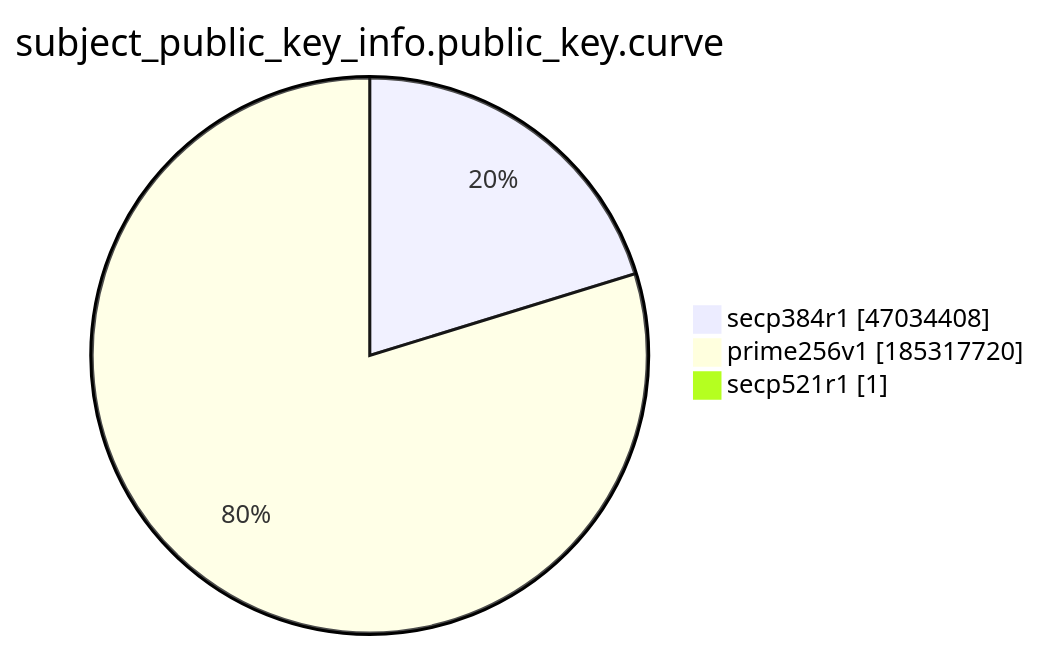
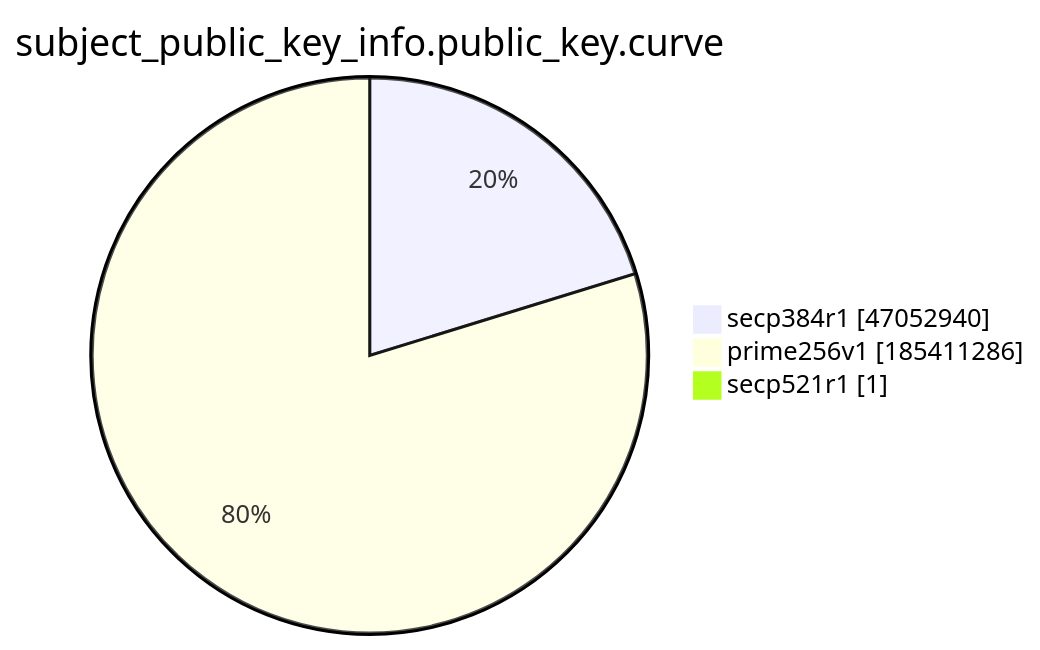
The ninth of 15 diagrams in xenon2022/README.md (christiankrug/ctmonitor_visualization), drawn with Mermaid before and after one commit. The commit also changed other lines of this file, not shown here.

````diff
--- a/xenon2022/README.md
+++ b/xenon2022/README.md
@@ -2874,7 +2874,7 @@
 ```mermaid
 pie showData
 title subject_public_key_info.public_key.curve
-"secp384r1" :47034408
-"prime256v1" :185317720
+"secp384r1" :47052940
+"prime256v1" :185411286
 "secp521r1" :1
 ```
````
